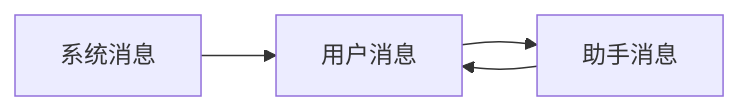
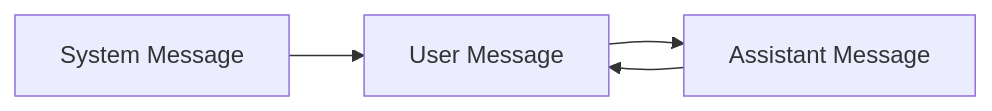
The diagram in README.md (TarsLab/obsidian-tars), drawn with Mermaid before and after one commit. The commit also changed other lines of this file and 35 other files, not shown here.

````diff
--- a/README.md
+++ b/README.md
@@ -80,4 +73,4 @@
 ```mermaid
 graph LR
-    A[系统消息] --> B[用户消息] --> C[助手消息] --> B
+    A[System Message] --> B[User Message] --> C[Assistant Message] --> B
 ```
````
